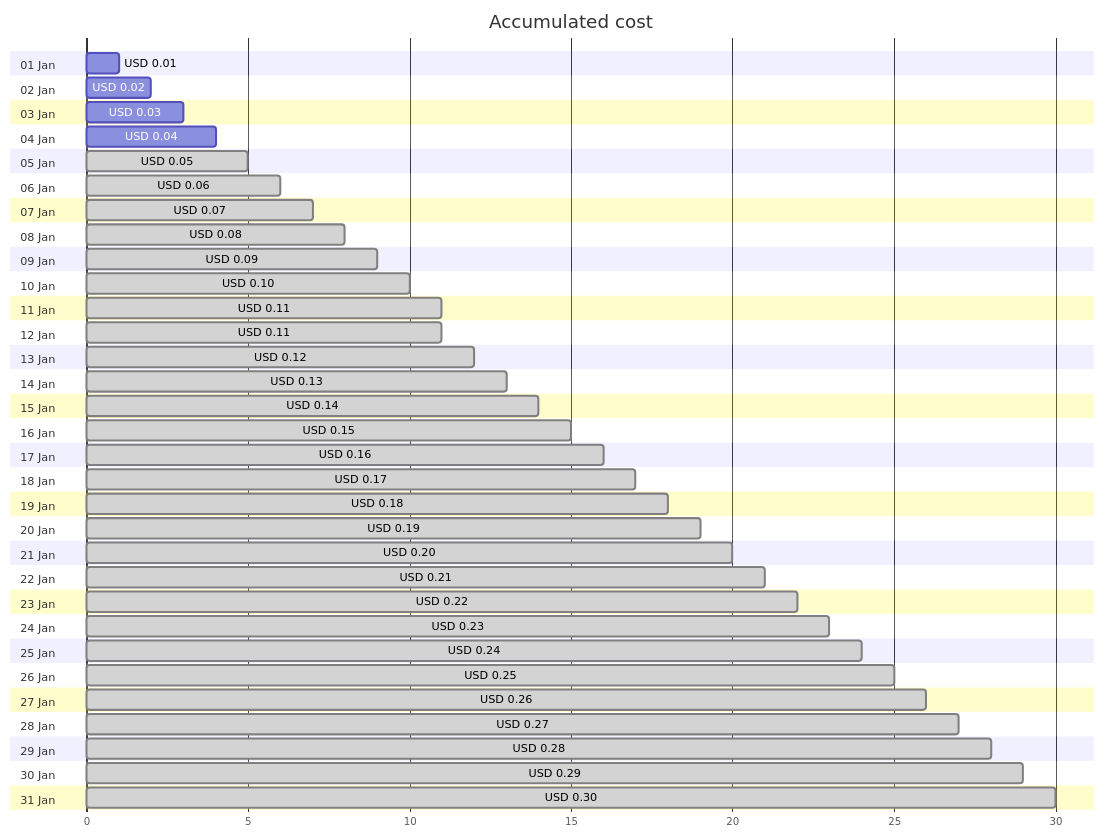
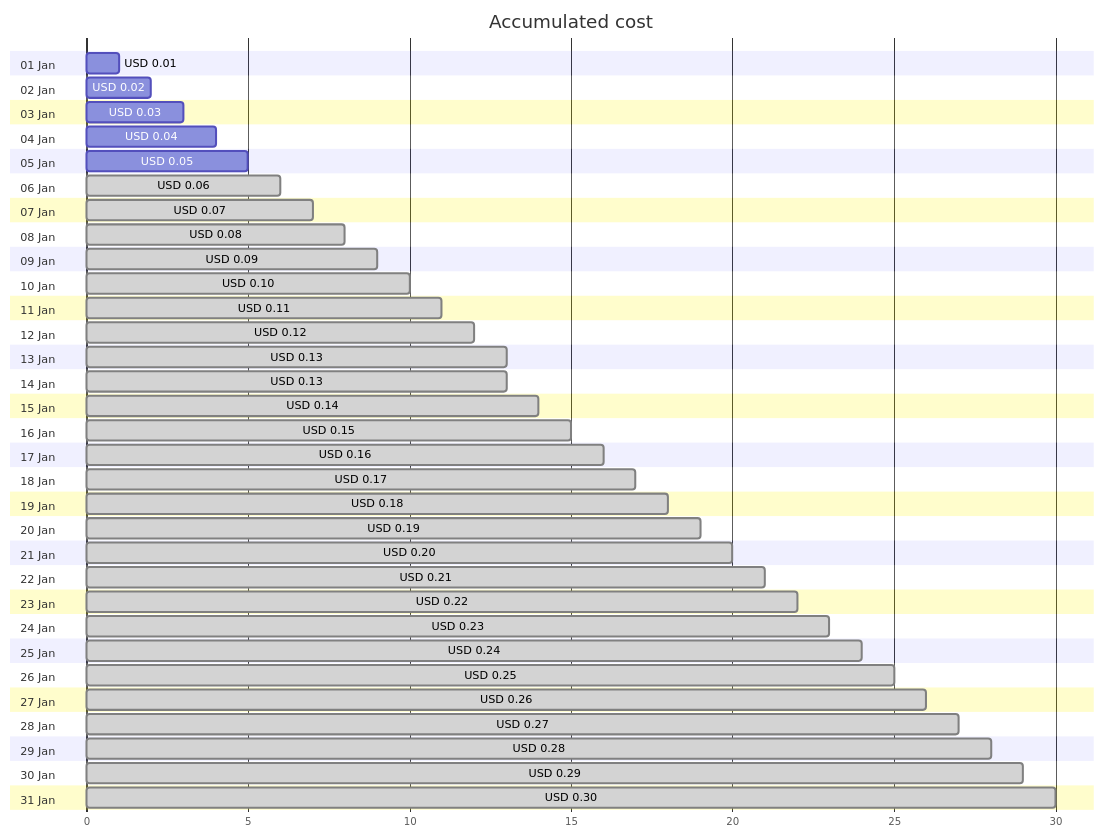
One commit to jpfulton/azure-personal-reports changed the first of 4 diagrams in cost-reports/cloud-shell-storage-eastus/cs2100300008c8d894b.md. Above: the diagram before and after it, drawn with Mermaid. The commit also changed other lines of this file and 1 other file, not shown here.

````diff
--- a/cost-reports/cloud-shell-storage-eastus/cs2100300008c8d894b.md
+++ b/cost-reports/cloud-shell-storage-eastus/cs2100300008c8d894b.md
@@ -20,68 +20,68 @@
 ```mermaid
 gantt
    title Accumulated cost
    dateFormat  X
    axisFormat %s
    section 01 Jan
    USD 0.01 :0, 1
    section 02 Jan
    USD 0.02 :0, 2
    section 03 Jan
    USD 0.03 :0, 3
    section 04 Jan
    USD 0.04 :0, 4
    section 05 Jan
-   USD 0.05 : done, 0, 5
+   USD 0.05 :0, 5
    section 06 Jan
    USD 0.06 : done, 0, 6
    section 07 Jan
    USD 0.07 : done, 0, 7
    section 08 Jan
    USD 0.08 : done, 0, 8
    section 09 Jan
    USD 0.09 : done, 0, 9
    section 10 Jan
    USD 0.10 : done, 0, 10
    section 11 Jan
    USD 0.11 : done, 0, 11
    section 12 Jan
-   USD 0.11 : done, 0, 11
+   USD 0.12 : done, 0, 12
    section 13 Jan
-   USD 0.12 : done, 0, 12
+   USD 0.13 : done, 0, 13
    section 14 Jan
    USD 0.13 : done, 0, 13
    section 15 Jan
    USD 0.14 : done, 0, 14
    section 16 Jan
    USD 0.15 : done, 0, 15
    section 17 Jan
    USD 0.16 : done, 0, 16
    section 18 Jan
    USD 0.17 : done, 0, 17
    section 19 Jan
    USD 0.18 : done, 0, 18
    section 20 Jan
    USD 0.19 : done, 0, 19
    section 21 Jan
    USD 0.20 : done, 0, 20
    section 22 Jan
    USD 0.21 : done, 0, 21
    section 23 Jan
    USD 0.22 : done, 0, 22
    section 24 Jan
    USD 0.23 : done, 0, 23
    section 25 Jan
    USD 0.24 : done, 0, 24
    section 26 Jan
    USD 0.25 : done, 0, 25
    section 27 Jan
    USD 0.26 : done, 0, 26
    section 28 Jan
    USD 0.27 : done, 0, 27
    section 29 Jan
    USD 0.28 : done, 0, 28
    section 30 Jan
    USD 0.29 : done, 0, 29
    section 31 Jan
    USD 0.30 : done, 0, 30
 ```
````
